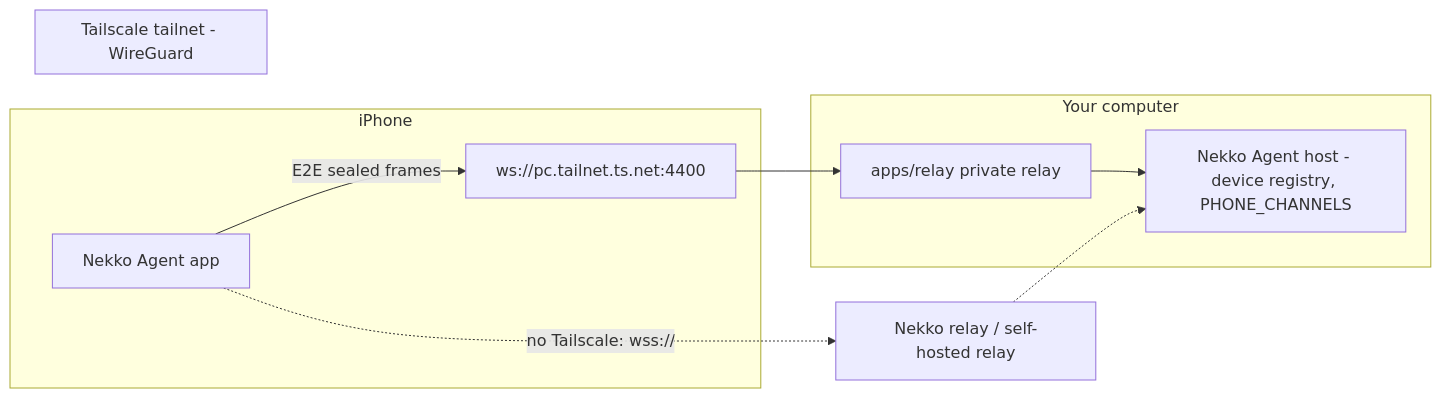
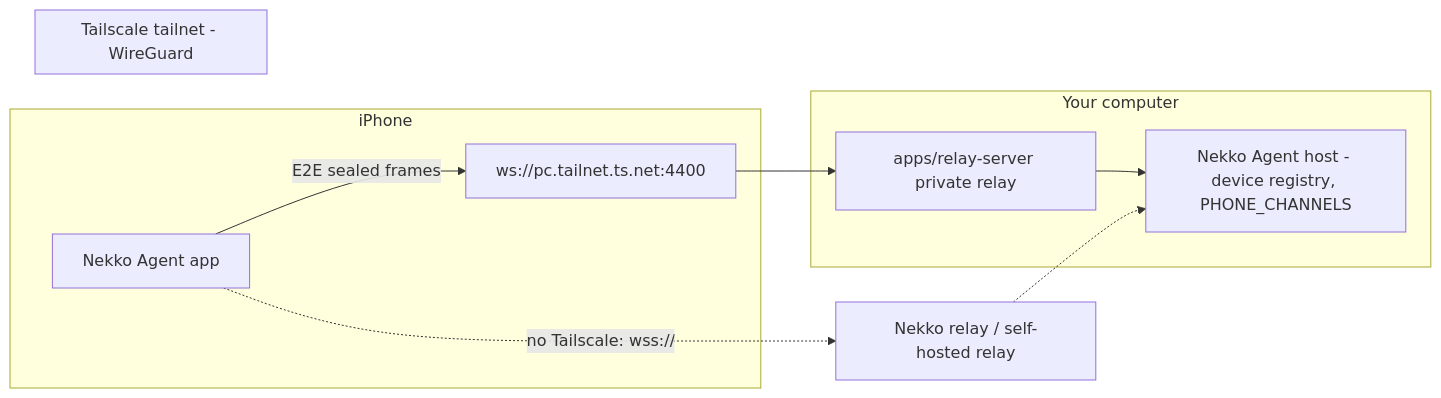
Before and after one commit to nekko-labs/nekko-agent: the diagram in reports/ios-native-competitive-2026-10-16.md, drawn with Mermaid. The commit also changed 203 other files, not shown here.

First line of the commit message:
Rename products and projects: Local Web UI, Model Server, Nekko Cloud, Relay

````diff
--- a/reports/ios-native-competitive-2026-10-16.md
+++ b/reports/ios-native-competitive-2026-10-16.md
@@ -116,14 +116,14 @@
 ```mermaid
 flowchart LR
   subgraph Phone[iPhone]
     A[Nekko Agent app] -->|E2E sealed frames| T
   end
   subgraph Tailnet[Tailscale tailnet - WireGuard]
     T[ws://pc.tailnet.ts.net:4400]
   end
   subgraph PC[Your computer]
-    R[apps/relay private relay] --> H[Nekko Agent host - device registry, PHONE_CHANNELS]
+    R[apps/relay-server private relay] --> H[Nekko Agent host - device registry, PHONE_CHANNELS]
   end
   T --> R
   A -.->|no Tailscale: wss://| N[Nekko relay / self-hosted relay] -.-> H
 ```
````
